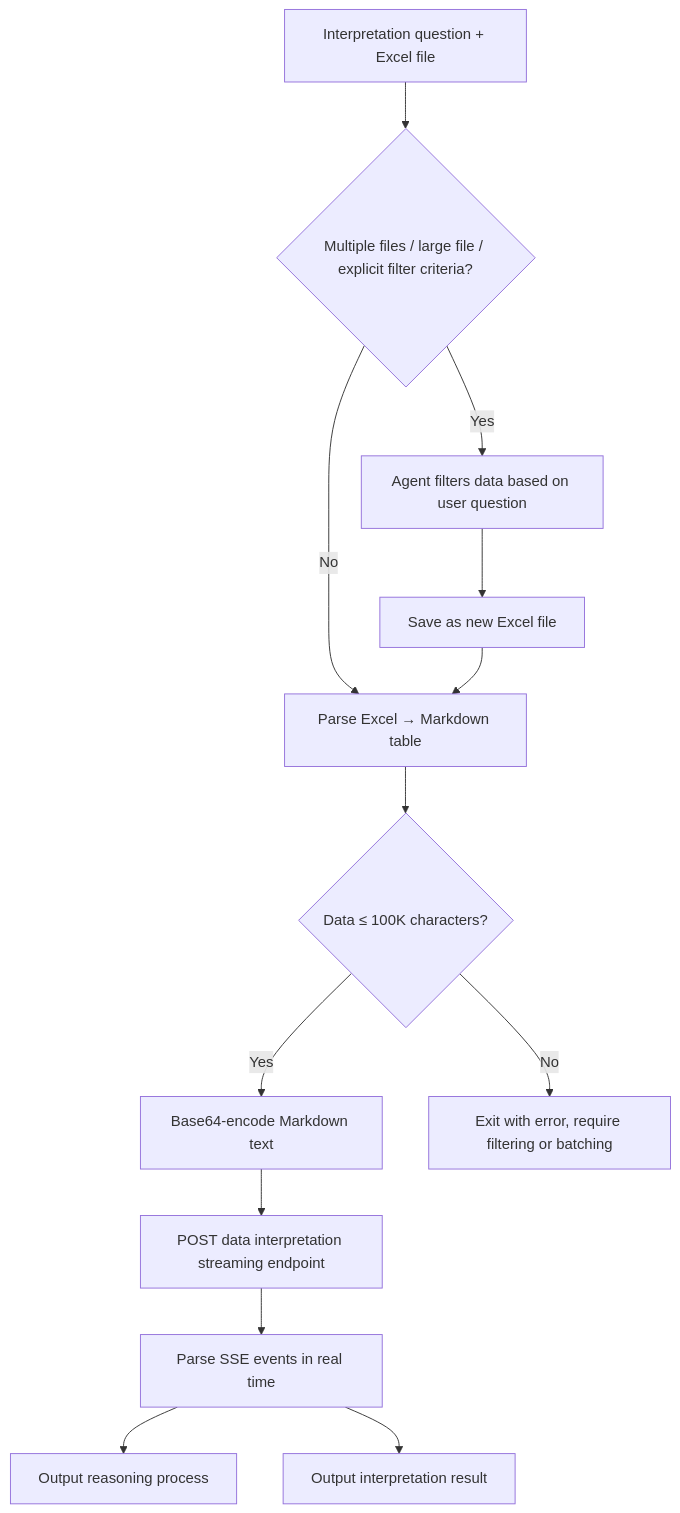
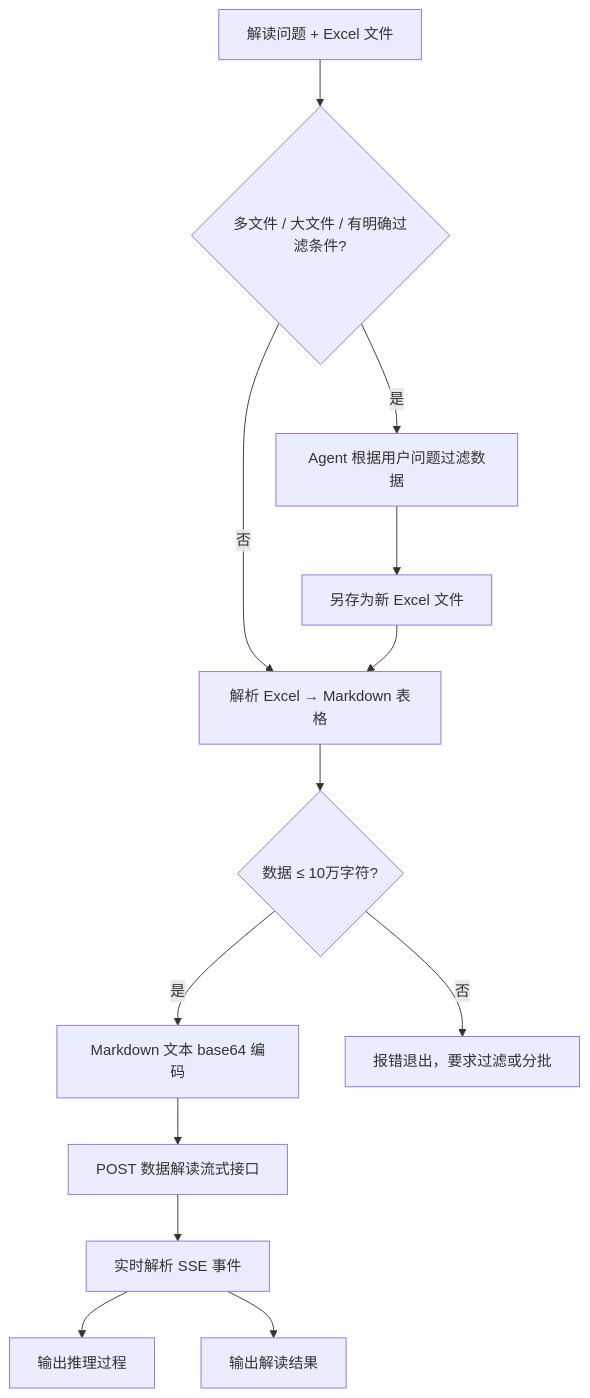
One commit to RabbitAI-Lab/rabbit-plugins-upstream changed the diagram in skills/clawhub/alibabacloud-quickbi-smartq/references/insight/module-data-insight.md. Above: the diagram before and after it, drawn with Mermaid. The commit also changed other lines of this file and 22213 other files, not shown here.

````diff
--- a/skills/clawhub/alibabacloud-quickbi-smartq/references/insight/module-data-insight.md
+++ b/skills/clawhub/alibabacloud-quickbi-smartq/references/insight/module-data-insight.md
@@ -147,15 +122,15 @@
 ```mermaid
 flowchart TB
-  input["Interpretation question + Excel file"] --> needFilter{"Multiple files / large file / explicit filter criteria?"}
-  needFilter -- Yes --> filter["Agent filters data based on user question"]
-  needFilter -- No --> parseExcel["Parse Excel → Markdown table"]
-  filter --> saveFile["Save as new Excel file"]
+  input["解读问题 + Excel 文件"] --> needFilter{"多文件 / 大文件 / 有明确过滤条件?"}
+  needFilter -- 是 --> filter["Agent 根据用户问题过滤数据"]
+  needFilter -- 否 --> parseExcel["解析 Excel → Markdown 表格"]
+  filter --> saveFile["另存为新 Excel 文件"]
   saveFile --> parseExcel
-  parseExcel --> checkLimit{"Data ≤ 100K characters?"}
-  checkLimit -- Yes --> encode["Base64-encode Markdown text"]
-  checkLimit -- No --> errorExit["Exit with error, require filtering or batching"]
-  encode --> interpret["POST data interpretation streaming endpoint"]
-  interpret --> parseSSE["Parse SSE events in real time"]
-  parseSSE --> reasoning["Output reasoning process"]
-  parseSSE --> text["Output interpretation result"]
+  parseExcel --> checkLimit{"数据 ≤ 10万字符?"}
+  checkLimit -- 是 --> encode["Markdown 文本 base64 编码"]
+  checkLimit -- 否 --> errorExit["报错退出，要求过滤或分批"]
+  encode --> interpret["POST 数据解读流式接口"]
+  interpret --> parseSSE["实时解析 SSE 事件"]
+  parseSSE --> reasoning["输出推理过程"]
+  parseSSE --> text["输出解读结果"]
 ```
````
